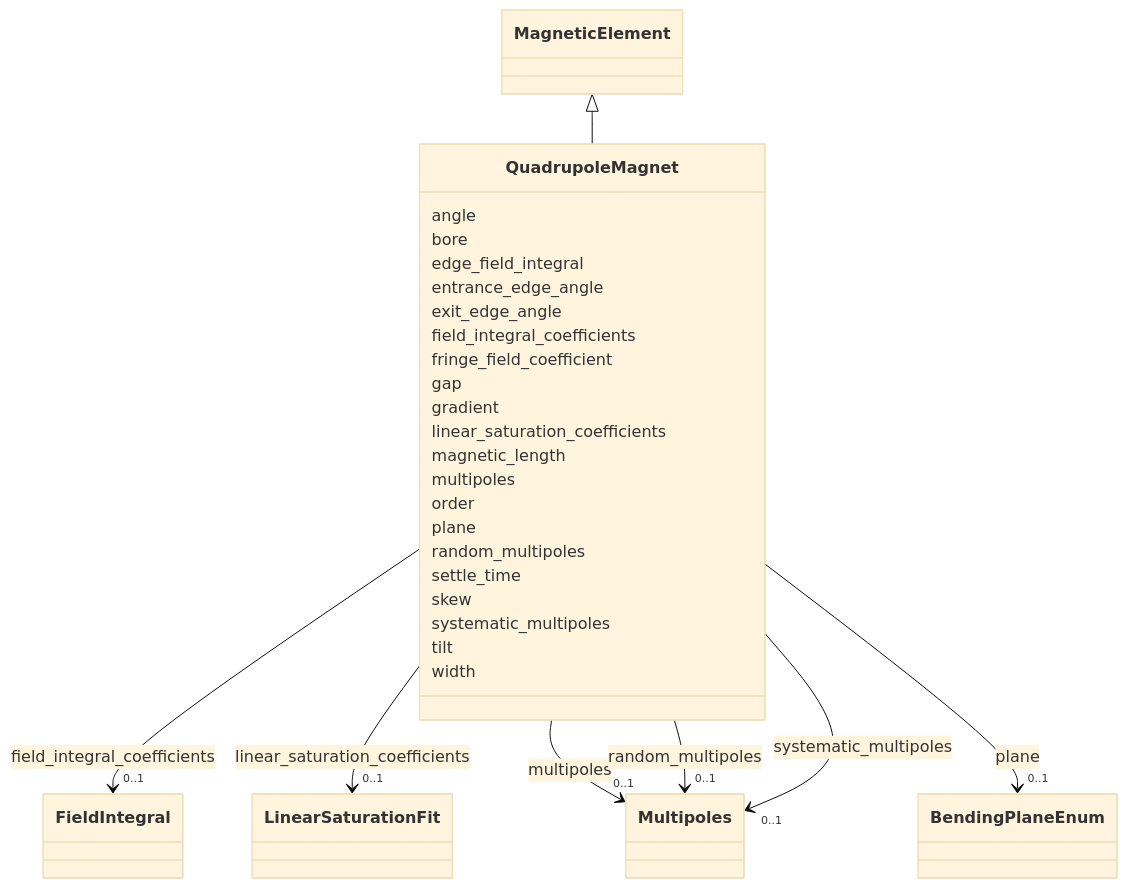
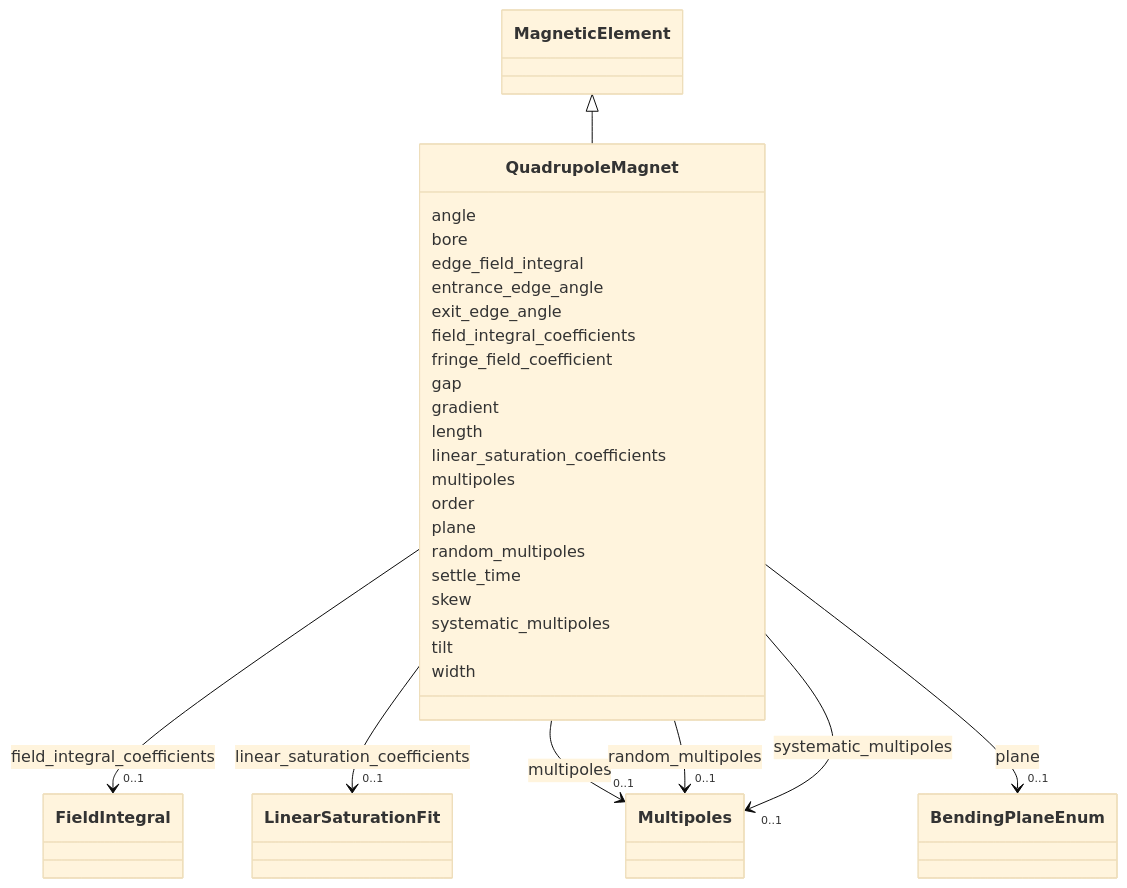
The diagram in docs/source/schema/QuadrupoleMagnet.md (astec-stfc/laura), drawn with Mermaid (base theme) before and after one commit. The commit also changed other lines of this file and 47 other files, not shown here.

First line of the commit message:
Make functional parameters a schema concept; complete PR #4 merge

```diff
--- a/docs/source/schema/QuadrupoleMagnet.md
+++ b/docs/source/schema/QuadrupoleMagnet.md
@@ -49,6 +49,8 @@
         
       QuadrupoleMagnet : gradient
         
+      QuadrupoleMagnet : length
+        
       QuadrupoleMagnet : linear_saturation_coefficients
         
           
@@ -59,8 +61,6 @@
         click LinearSaturationFit href "../LinearSaturationFit/"
     
 
-        
-      QuadrupoleMagnet : magnetic_length
         
       QuadrupoleMagnet : multipoles
         
```
